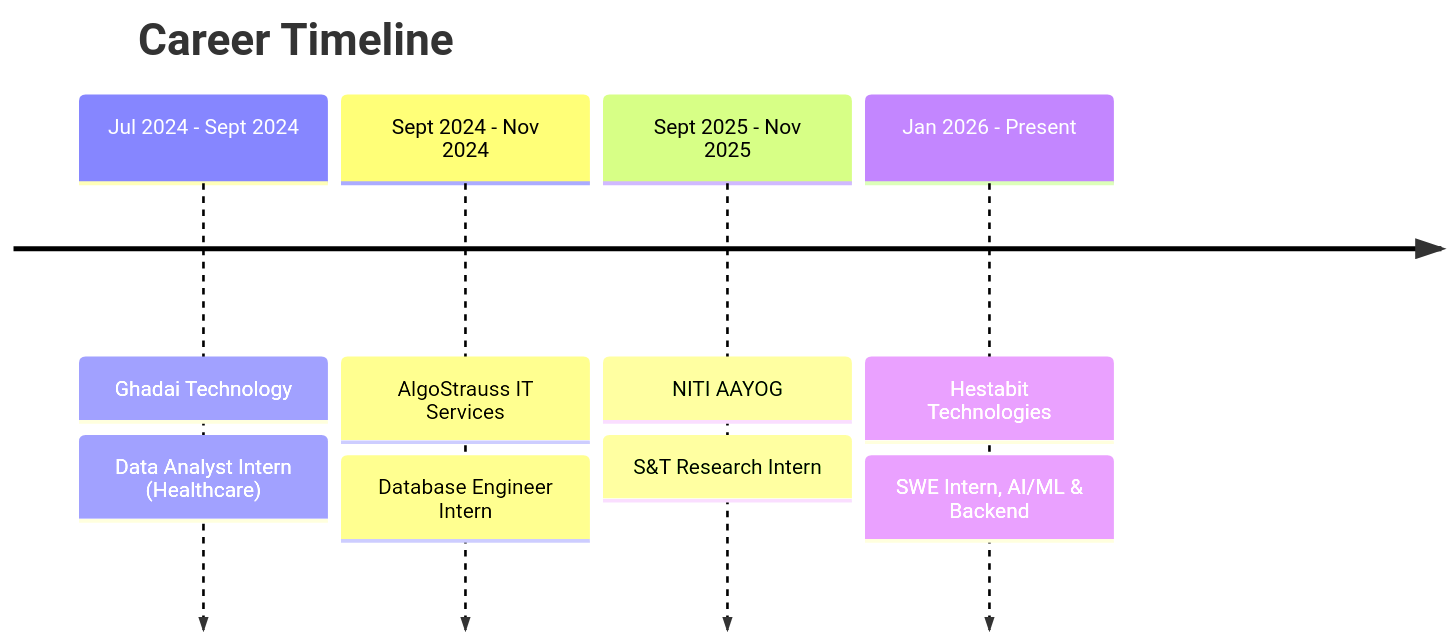
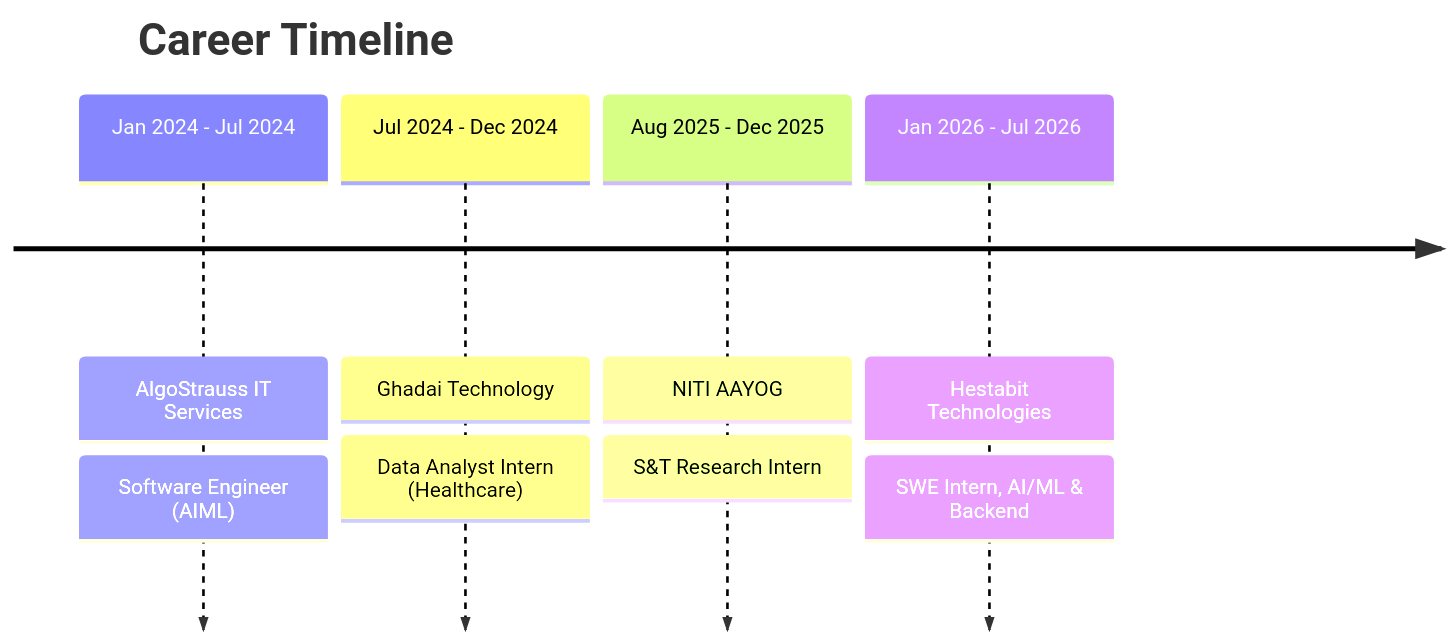
One commit to Prateeksingh84/Prateeksingh84 changed the diagram in README.md. Above: the diagram before and after it, drawn with Mermaid. The commit also changed other lines of this file and 2 other files, not shown here.

Commit message:
Update hero banner roles, fix panel overflow, correct experience section

````diff
--- a/README.md
+++ b/README.md
@@ -144,12 +144,12 @@
 ```mermaid
 timeline
     title Career Timeline
-    Jul 2024 - Sept 2024 : Ghadai Technology
+    Jan 2024 - Jul 2024  : AlgoStrauss IT Services
+                          : Software Engineer (AIML)
+    Jul 2024 - Dec 2024  : Ghadai Technology
                           : Data Analyst Intern (Healthcare)
-    Sept 2024 - Nov 2024  : AlgoStrauss IT Services
-                          : Database Engineer Intern
-    Sept 2025 - Nov 2025  : NITI AAYOG
+    Aug 2025 - Dec 2025  : NITI AAYOG
                           : S&T Research Intern
-    Jan 2026 - Present    : Hestabit Technologies
+    Jan 2026 - Jul 2026  : Hestabit Technologies
                           : SWE Intern, AI/ML & Backend
 ```
````
